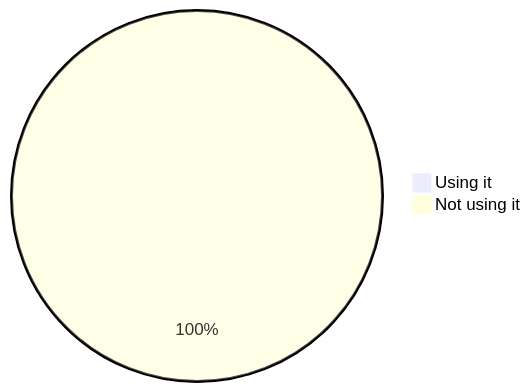
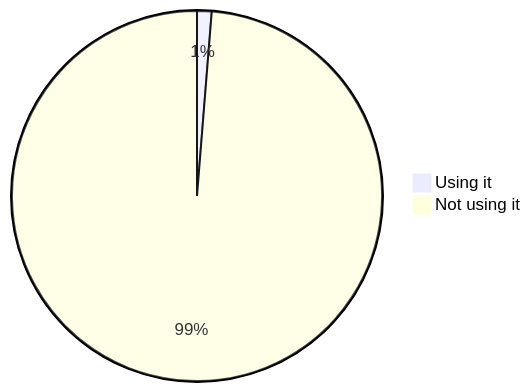
The eighth of 22 diagrams in stats.md (oshp/oshp-stats), drawn with Mermaid before and after one commit. The commit also changed other lines of this file, not shown here.

````diff
--- a/stats.md
+++ b/stats.md
@@ -94,6 +94,6 @@
 ```mermaid
 pie
-	"Using it" : 0.48
-	"Not using it" : 99.52
+	"Using it" : 1.27
+	"Not using it" : 98.73
 
 ```
````
